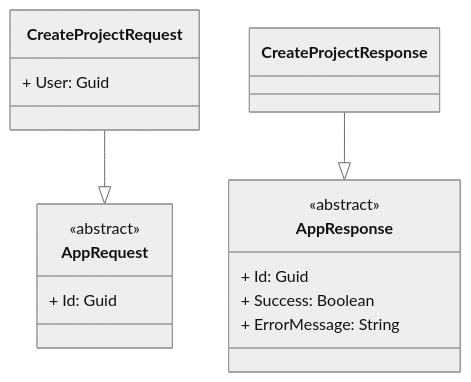
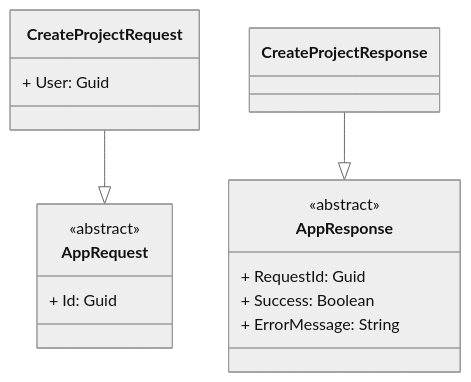
The second of 2 diagrams in UML/Application/project.md (sdlfly2000/DomainBasedDesigner), drawn with Mermaid (neutral theme) before and after one commit. The commit also changed 8 other files, not shown here.

````diff
--- a/UML/Application/project.md
+++ b/UML/Application/project.md
@@ -22,30 +22,30 @@
 ```mermaid
 classDiagram
 
 class AppRequest {
     <<abstract>>
     + Id: Guid
 }
 
 class AppResponse {
     <<abstract>>
-    + Id: Guid
+    + RequestId: Guid
     + Success: Boolean
     + ErrorMessage: String
 }
 
 class CreateProjectRequest {
     + User: Guid
 }
 
 class CreateProjectResponse {
 
 }
 
 
 
 %%Relationship
 CreateProjectRequest --|> AppRequest
 CreateProjectResponse --|> AppResponse
 
 ```
````
